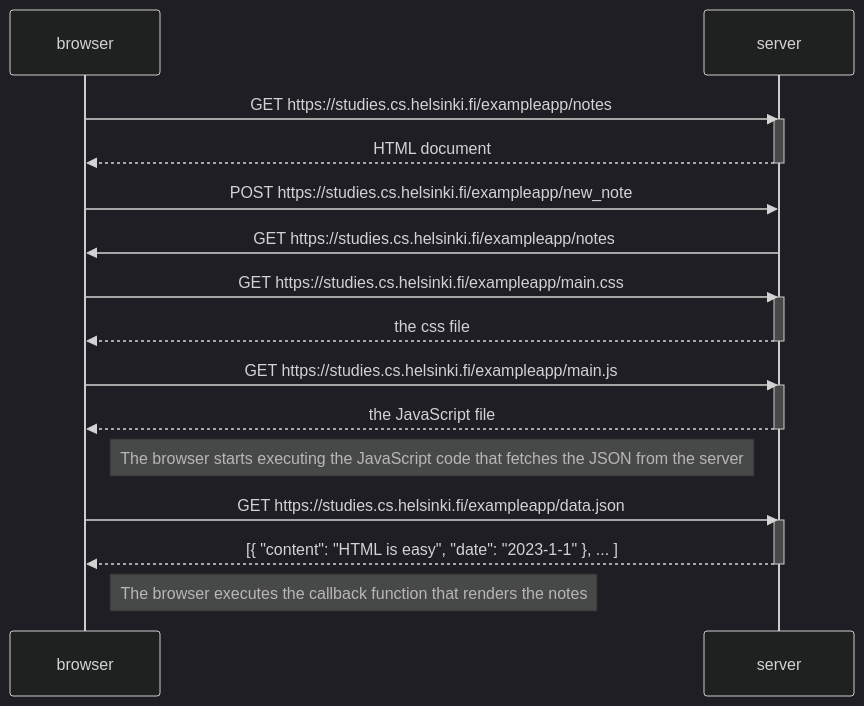
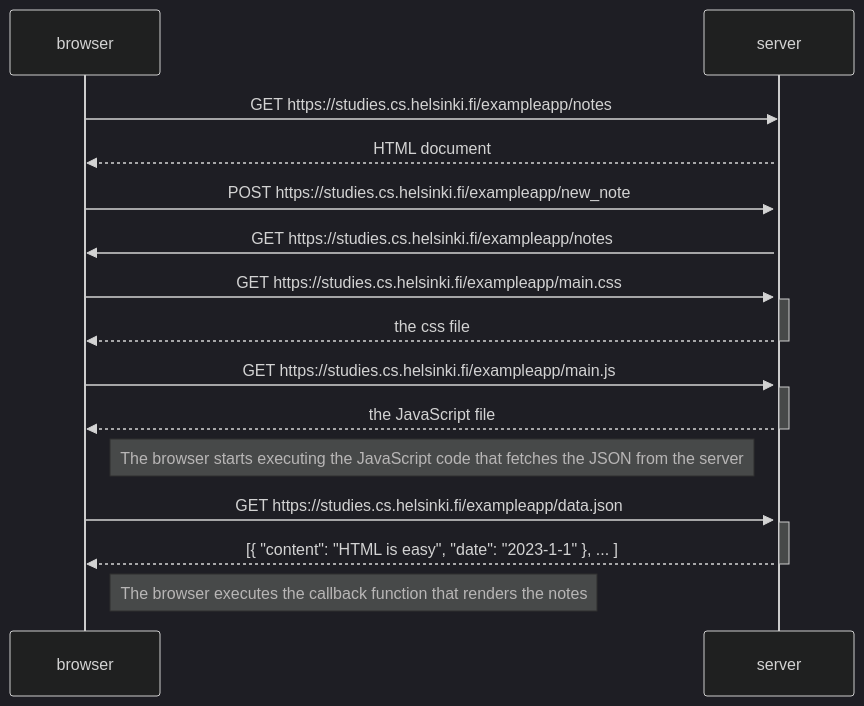
Before and after one commit to sarmen-t/fullstackopen: the diagram in part0.md, drawn with Mermaid (dark theme).

````diff
--- a/part0.md
+++ b/part0.md
@@ -4,33 +4,32 @@
 ```mermaid
 sequenceDiagram
     participant browser
     participant server
 
     browser->>server: GET https://studies.cs.helsinki.fi/exampleapp/notes
     activate server
     server-->>browser: HTML document
-    deactivate server
 
     browser->>server: POST https://studies.cs.helsinki.fi/exampleapp/new_note
     
     server->>browser: GET https://studies.cs.helsinki.fi/exampleapp/notes
 
     browser->>server: GET https://studies.cs.helsinki.fi/exampleapp/main.css
     activate server
     server-->>browser: the css file
     deactivate server
 
     browser->>server: GET https://studies.cs.helsinki.fi/exampleapp/main.js
     activate server
     server-->>browser: the JavaScript file
     deactivate server
 
     Note right of browser: The browser starts executing the JavaScript code that fetches the JSON from the server
 
     browser->>server: GET https://studies.cs.helsinki.fi/exampleapp/data.json
     activate server
     server-->>browser: [{ "content": "HTML is easy", "date": "2023-1-1" }, ... ]
     deactivate server
 
     Note right of browser: The browser executes the callback function that renders the notes
 ```
````
